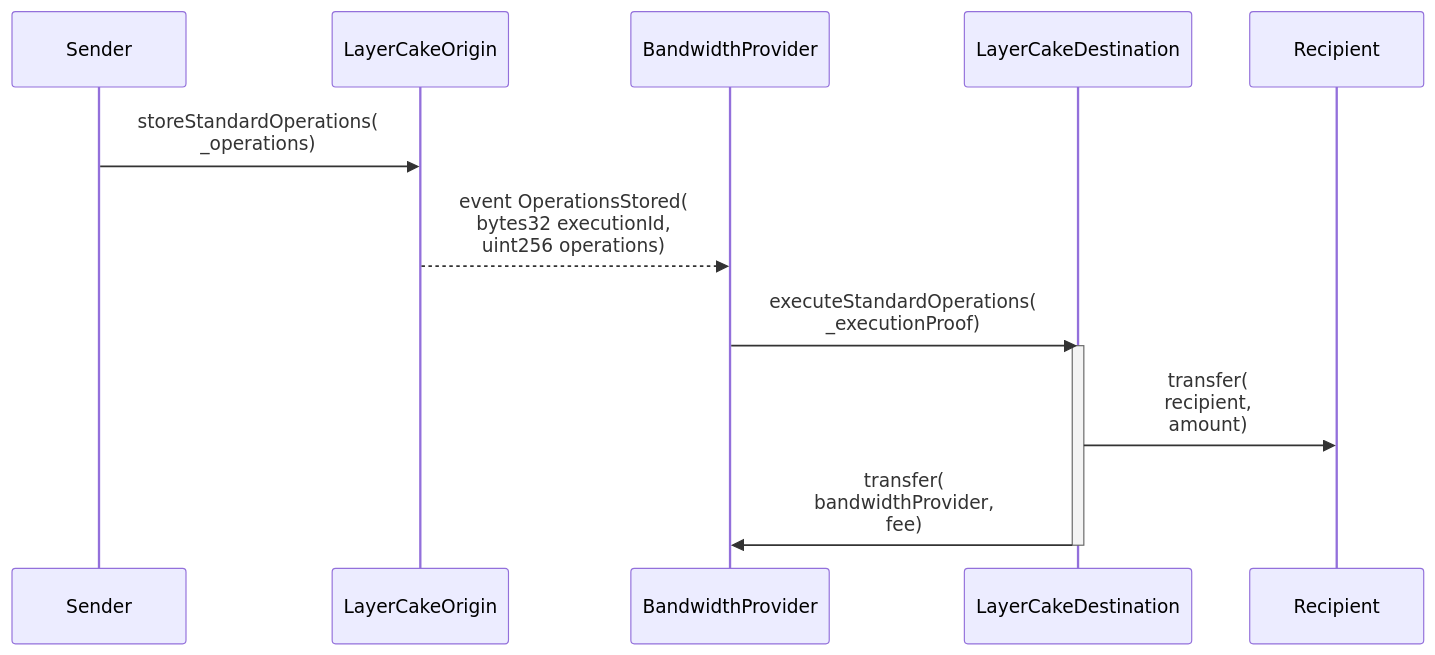
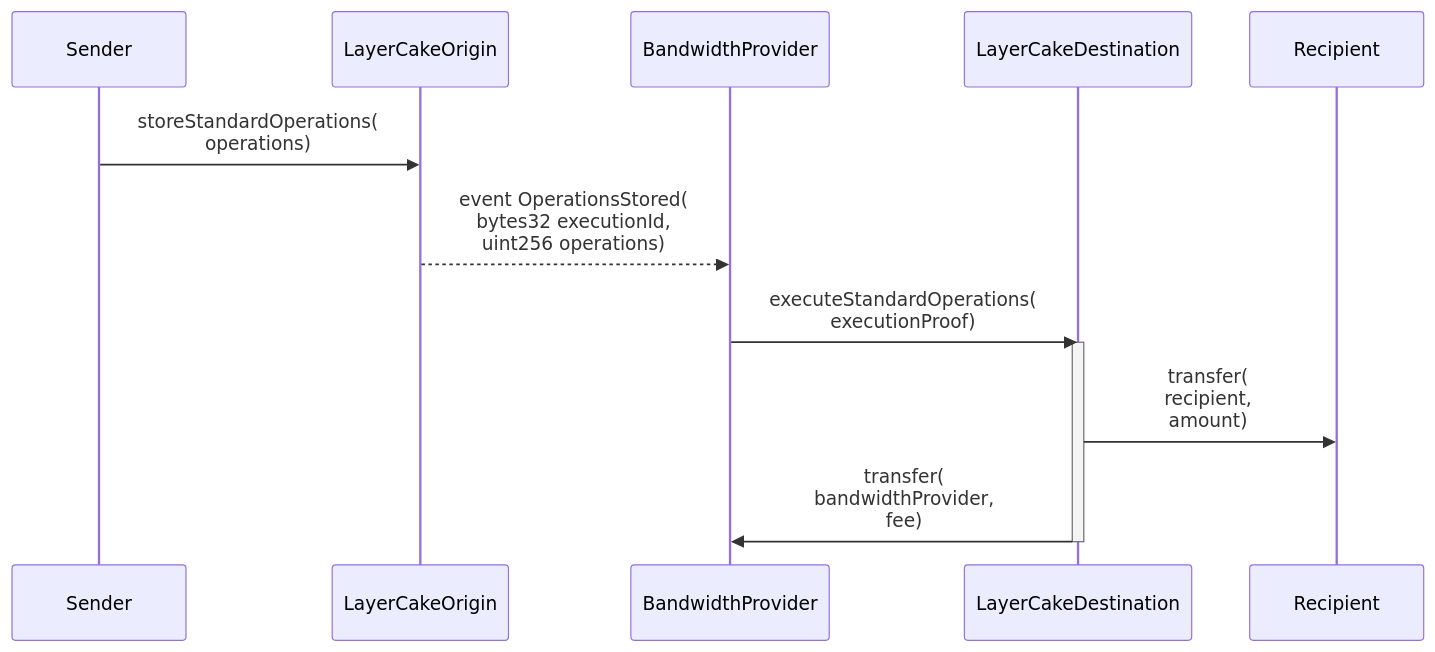
Before and after one commit to flare-labs-ltd/layercake: the first of 3 diagrams in docs/yellow-paper.md, drawn with Mermaid. The commit also changed other lines of this file and 3 other files, not shown here.

````diff
--- a/docs/yellow-paper.md
+++ b/docs/yellow-paper.md
@@ -96,15 +104,15 @@
 ```mermaid
 sequenceDiagram
     participant Sender
     participant LayerCakeOrigin
     participant BandwidthProvider
     participant LayerCakeDestination
     participant Recipient
-    Sender->>LayerCakeOrigin: storeStandardOperations(<br />_operations);
+    Sender->>LayerCakeOrigin: storeStandardOperations(<br />operations);
     LayerCakeOrigin-->>BandwidthProvider: event OperationsStored(<br />bytes32 executionId,<br />uint256 operations);
-    BandwidthProvider->>LayerCakeDestination: executeStandardOperations(<br />_executionProof)
+    BandwidthProvider->>LayerCakeDestination: executeStandardOperations(<br />executionProof)
     activate LayerCakeDestination
     LayerCakeDestination->>Recipient: transfer(<br />recipient,<br />amount)
     LayerCakeDestination->>BandwidthProvider: transfer(<br />bandwidthProvider,<br />fee)
     deactivate LayerCakeDestination
 ```
````
